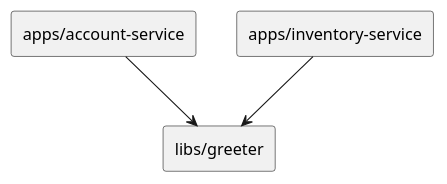
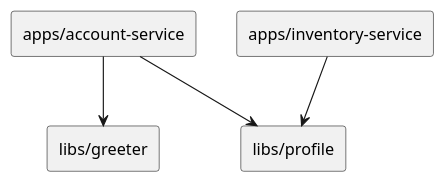
The diagram in docs/deps.pu (orangain/monodiff-example-multi-project), drawn with PlantUML before and after one commit. The commit also changed 1 other file, not shown here.

```diff
--- a/docs/deps.pu
+++ b/docs/deps.pu
@@ -1,9 +1,12 @@
 @startuml
 
 rectangle "apps/account-service" as A
 rectangle "apps/inventory-service" as B
 rectangle "libs/greeter" as C
+rectangle "libs/profile" as D
+
 A --> C
-B --> C
+A --> D
+B --> D
 
 @enduml
```
